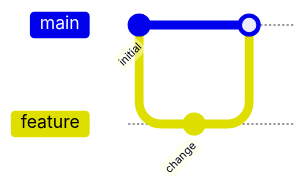
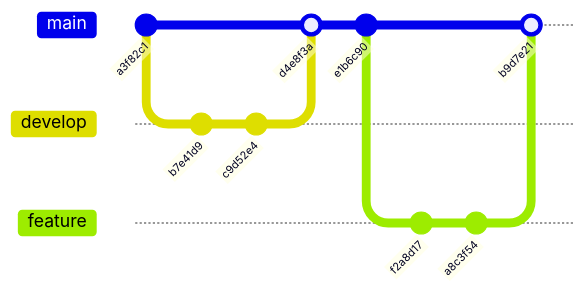
The diagram in references/git.md (LozinLilis/auto-mermaid), drawn with Mermaid before and after one commit. The commit also changed other lines of this file and 42 other files, not shown here.

````diff
--- a/references/git.md
+++ b/references/git.md
@@ -8,9 +7,17 @@
 ```mermaid
 gitGraph
-    commit id: "initial"
+    commit id: "a3f82c1"
+    branch develop
+    checkout develop
+    commit id: "b7e41d9"
+    commit id: "c9d52e4"
+    checkout main
+    merge develop id: "d4e8f3a"
+    commit id: "e1b6c90"
     branch feature
     checkout feature
-    commit id: "change"
+    commit id: "f2a8d17"
+    commit id: "a8c3f54"
     checkout main
-    merge feature
+    merge feature id: "b9d7e21"
 ```
````
